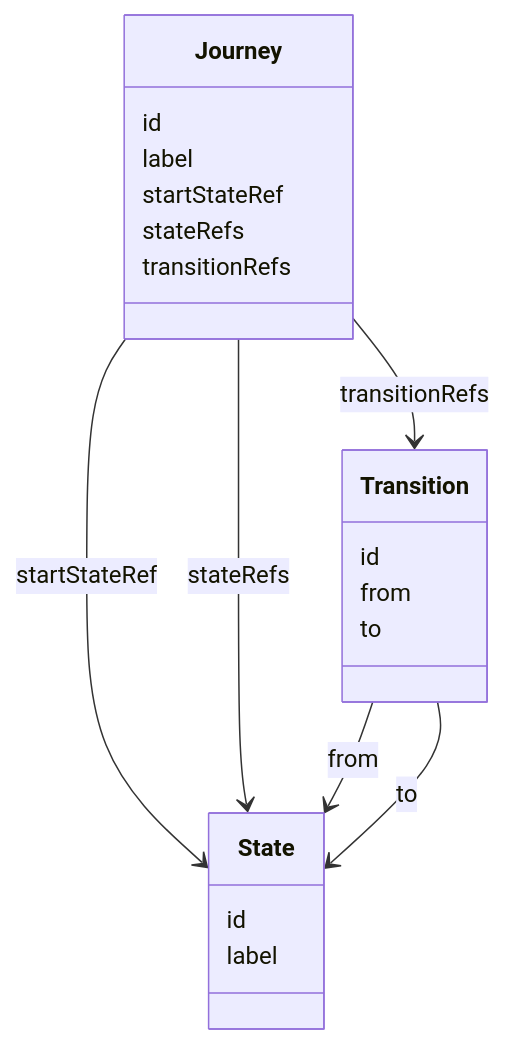
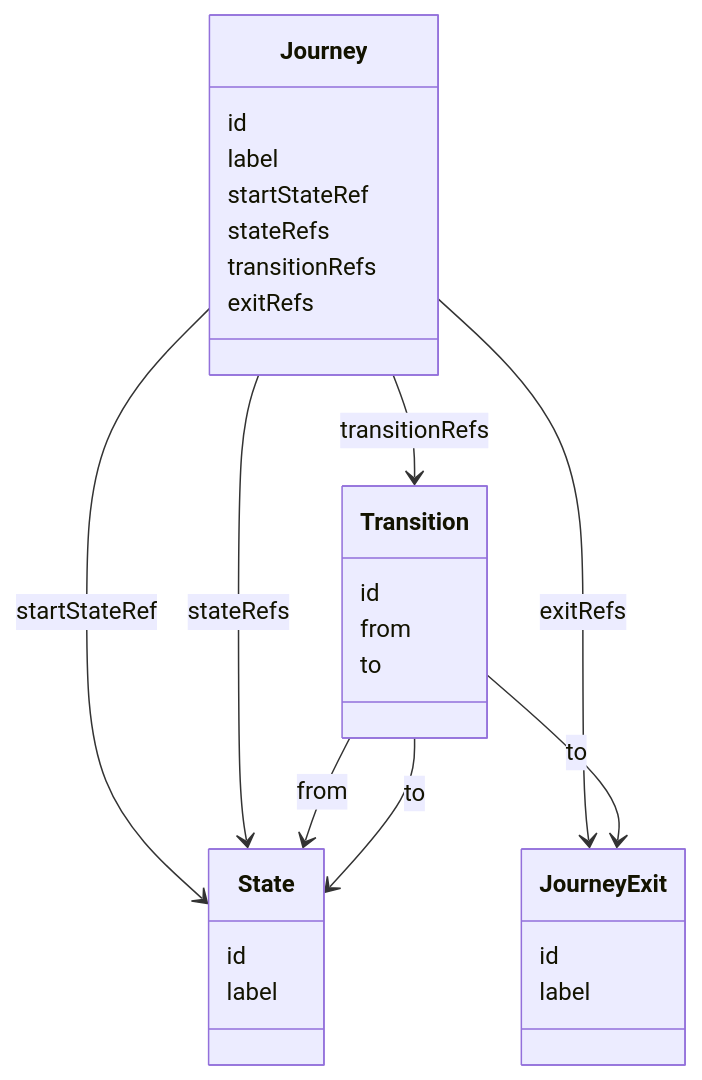
The fourth of 11 diagrams in specs/ed/graph/index.md (openuji/spec-ujg), drawn with Mermaid before and after one commit. The commit also changed other lines of this file and 22 other files, not shown here.

````diff
--- a/specs/ed/graph/index.md
+++ b/specs/ed/graph/index.md
@@ -130,27 +163,35 @@
 ```mermaid
 classDiagram
   class Journey {
     id
     label
     startStateRef
     stateRefs
     transitionRefs
+    exitRefs
   }
 
   class State {
+    id
+    label
+  }
+
+  class JourneyExit {
     id
     label
   }
 
   class Transition {
     id
     from
     to
   }
 
   Journey --> State : startStateRef
   Journey --> State : stateRefs
+  Journey --> JourneyExit : exitRefs
   Journey --> Transition : transitionRefs
   Transition --> State : from
   Transition --> State : to
+  Transition --> JourneyExit : to
 ```
````
